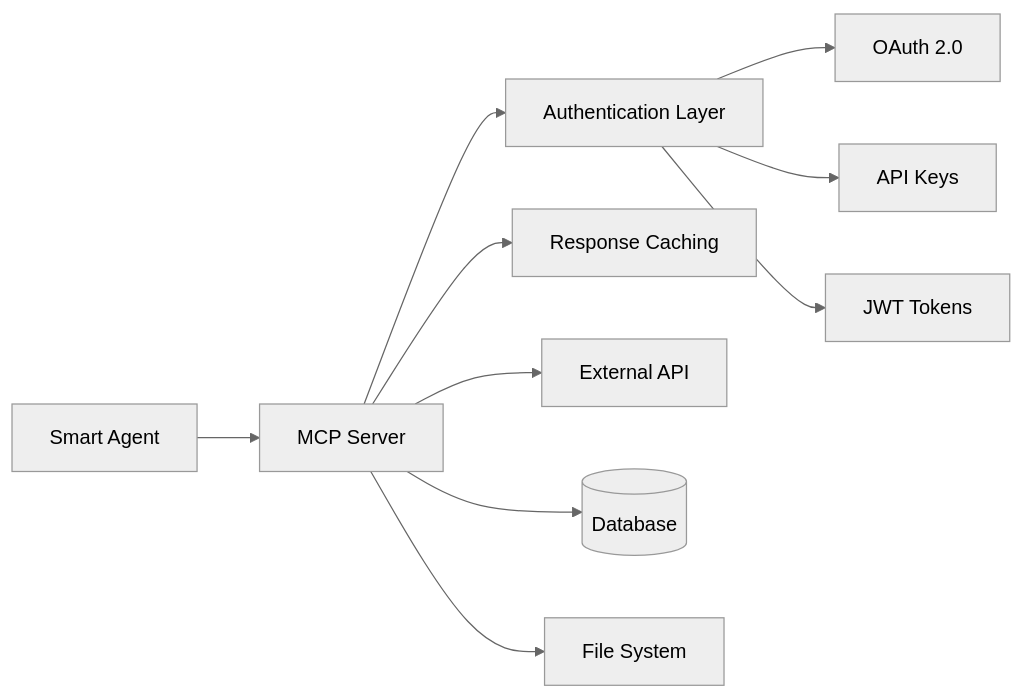
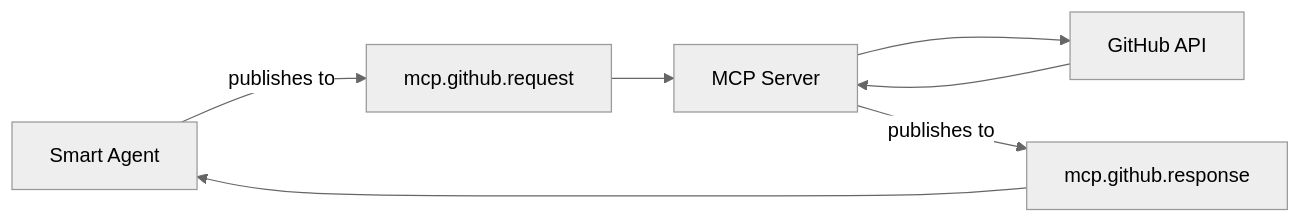
One commit to QuivaWorks/quiva.ai changed the second of 2 diagrams in docs/welcome-to-microstrate/development.mdx. Above: the diagram before and after it, drawn with Mermaid (neutral theme). The commit also changed other lines of this file and 7 other files, not shown here.

````diff
--- a/docs/welcome-to-microstrate/development.mdx
+++ b/docs/welcome-to-microstrate/development.mdx
@@ -139,13 +458,9 @@
 ```mermaid
 graph LR
-    A[Smart Agent] --> MCP[MCP Server]
-    MCP --> AUTH[Authentication Layer]
-    MCP --> CACHE[Response Caching]
-    MCP --> API[External API]
-    MCP --> DB[(Database)]
-    MCP --> FILE[File System]
-    
-    AUTH --> OAUTH[OAuth 2.0]
-    AUTH --> KEY[API Keys]
-    AUTH --> JWT[JWT Tokens]
+    A[Smart Agent] --> |publishes to| REQ[mcp.github.request]
+    REQ --> MCP[MCP Server]
+    MCP --> API[GitHub API]
+    API --> MCP
+    MCP --> |publishes to| RESP[mcp.github.response]
+    RESP --> A
 ```
````
